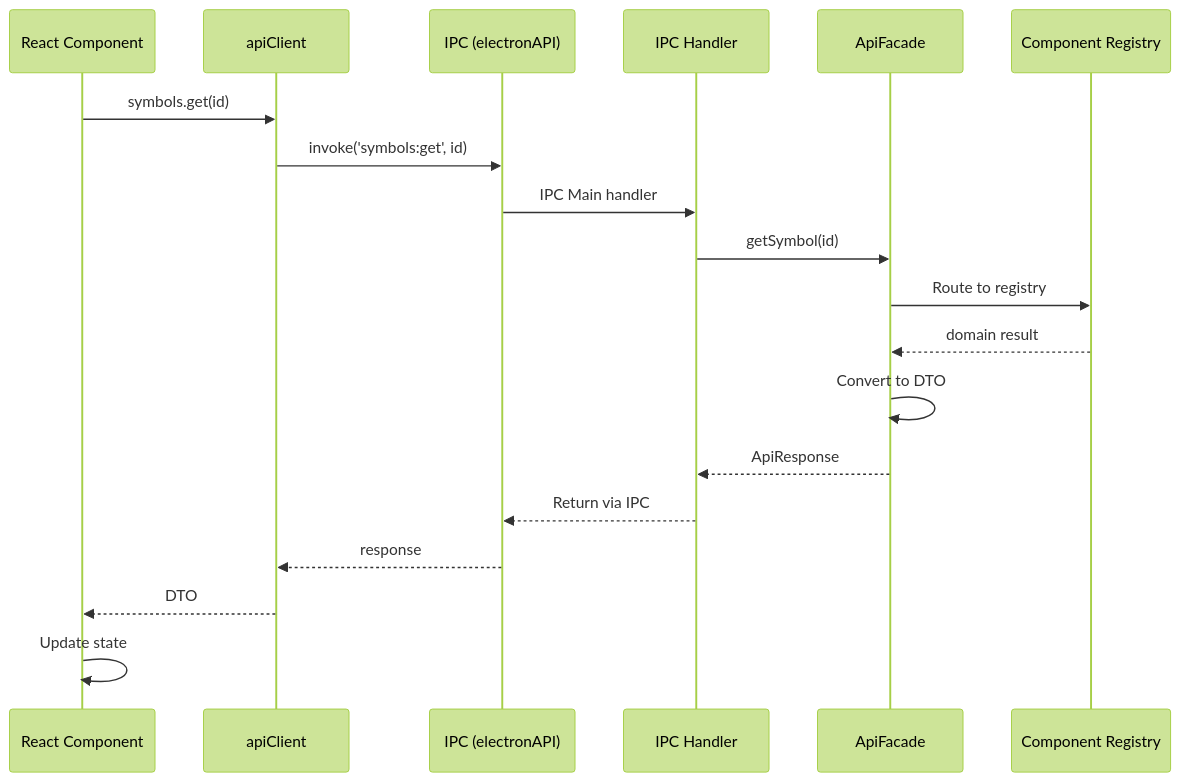
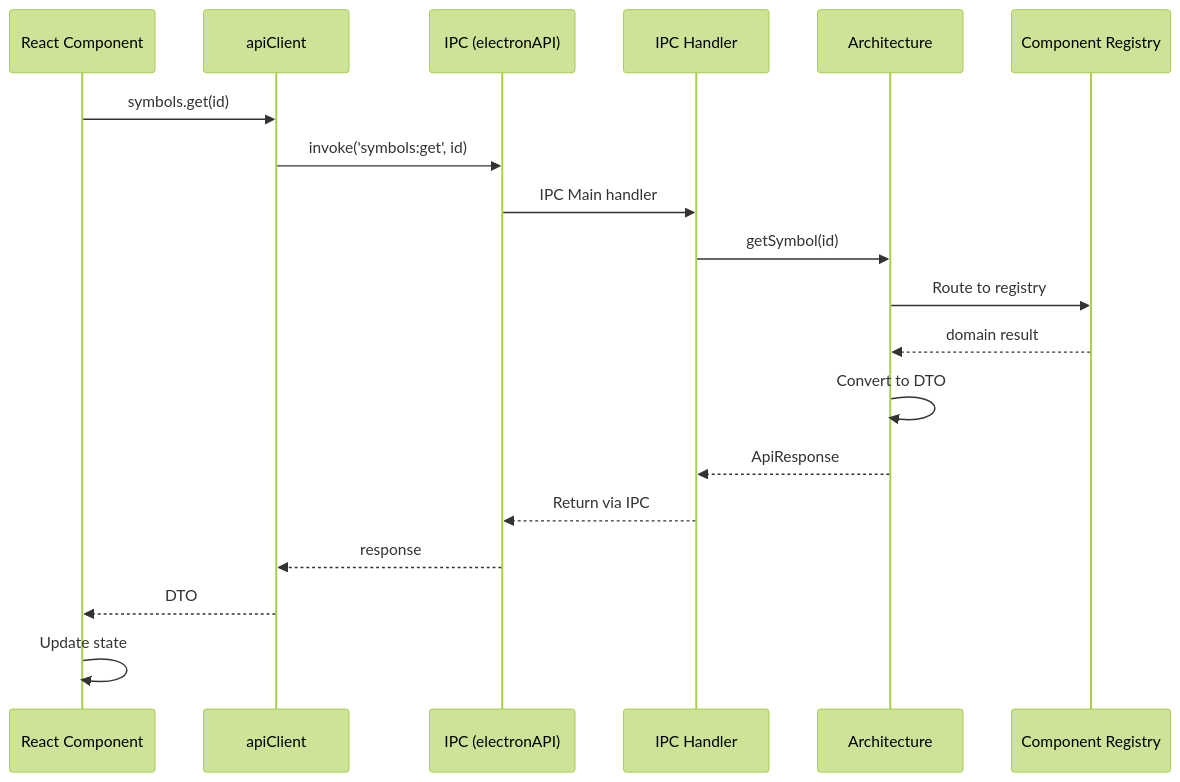
One commit to louipr/cyrus-code changed the eighth of 8 diagrams in docs/c4/dynamic.md. Above: the diagram before and after it, drawn with Mermaid (forest theme). The commit also changed 158 other files, not shown here.

First line of the commit message:
refactor: major Clean Architecture consolidation and dead code removal

````diff
--- a/docs/c4/dynamic.md
+++ b/docs/c4/dynamic.md
@@ -326,22 +326,22 @@
 ```mermaid
 sequenceDiagram
     participant React as React Component
     participant Client as apiClient
     participant IPC as IPC (electronAPI)
     participant Handler as IPC Handler
-    participant API as ApiFacade
+    participant API as Architecture
     participant Service as Component Registry
 
     React->>Client: symbols.get(id)
     Client->>IPC: invoke('symbols:get', id)
     IPC->>Handler: IPC Main handler
     Handler->>API: getSymbol(id)
     API->>Service: Route to registry
     Service-->>API: domain result
     API->>API: Convert to DTO
     API-->>Handler: ApiResponse
     Handler-->>IPC: Return via IPC
     IPC-->>Client: response
     Client-->>React: DTO
     React->>React: Update state
 ```
````
